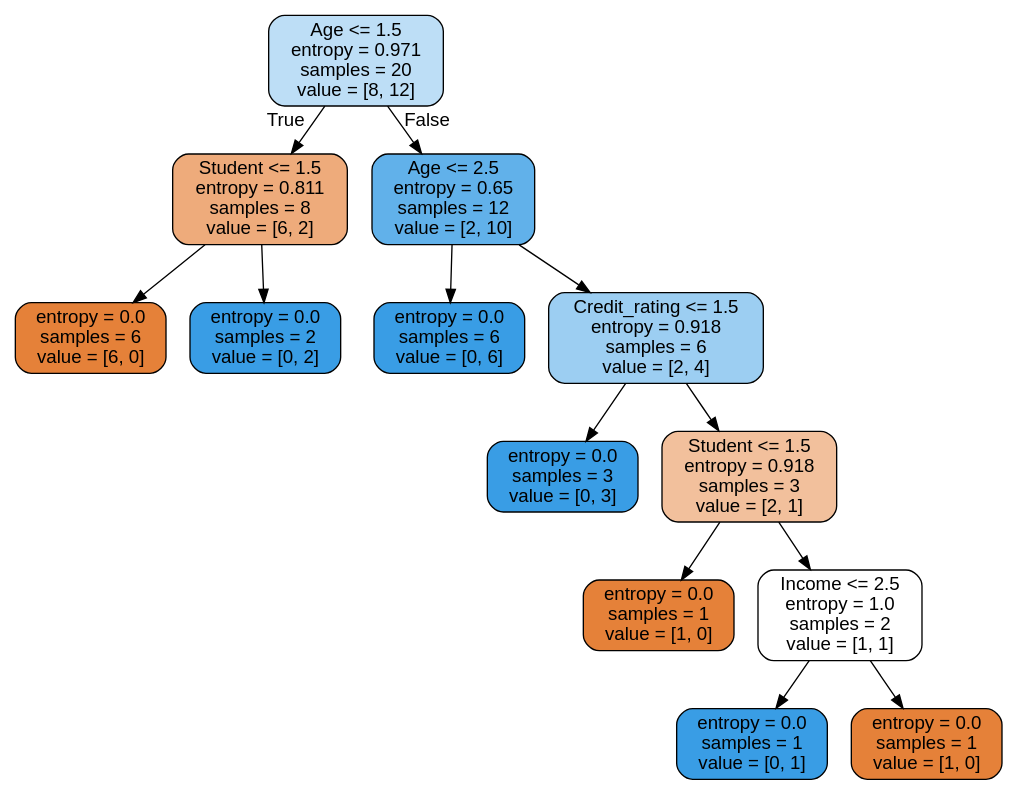
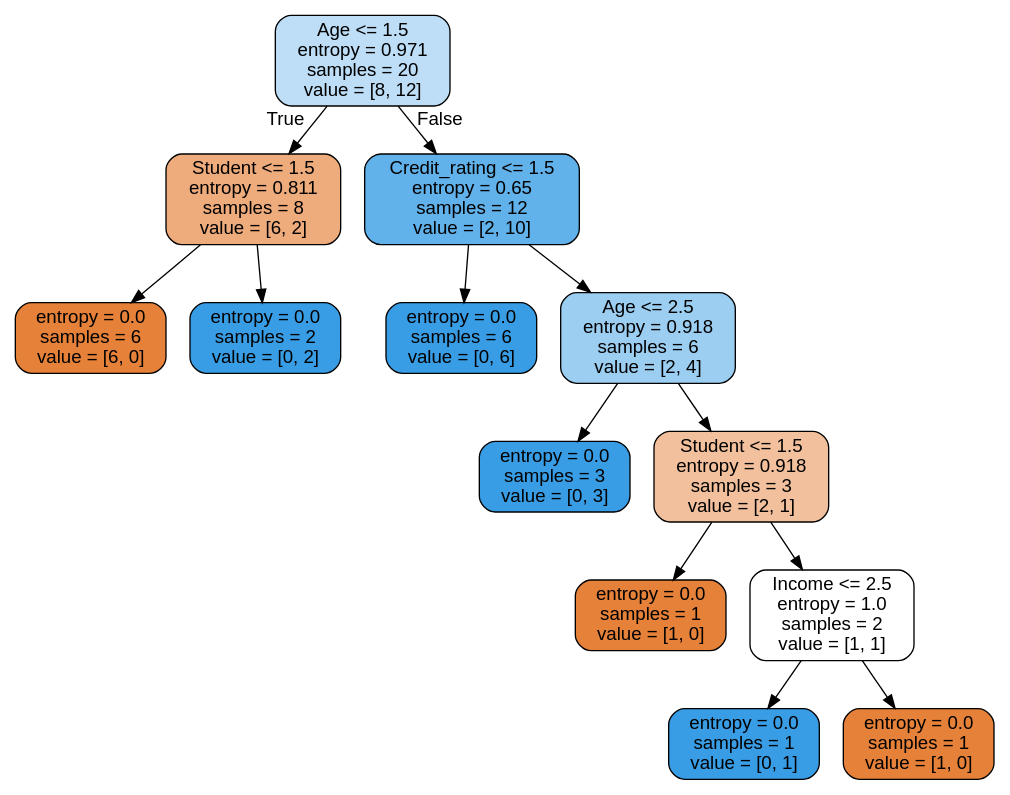
One commit to eichstaedtk/ke-python changed the diagram in buycomputer.dot. Above: the diagram before and after it, drawn with Graphviz. The commit also changed 1 other file, not shown here.

```diff
--- a/buycomputer.dot
+++ b/buycomputer.dot
@@ -1,29 +1,29 @@
 digraph Tree {
 node [shape=box, style="filled, rounded", color="black", fontname=helvetica] ;
 edge [fontname=helvetica] ;
 0 [label="Age <= 1.5\nentropy = 0.971\nsamples = 20\nvalue = [8, 12]", fillcolor="#bddef6"] ;
 1 [label="Student <= 1.5\nentropy = 0.811\nsamples = 8\nvalue = [6, 2]", fillcolor="#eeab7b"] ;
 0 -> 1 [labeldistance=2.5, labelangle=45, headlabel="True"] ;
 2 [label="entropy = 0.0\nsamples = 6\nvalue = [6, 0]", fillcolor="#e58139"] ;
 1 -> 2 ;
 3 [label="entropy = 0.0\nsamples = 2\nvalue = [0, 2]", fillcolor="#399de5"] ;
 1 -> 3 ;
-4 [label="Age <= 2.5\nentropy = 0.65\nsamples = 12\nvalue = [2, 10]", fillcolor="#61b1ea"] ;
+4 [label="Credit_rating <= 1.5\nentropy = 0.65\nsamples = 12\nvalue = [2, 10]", fillcolor="#61b1ea"] ;
 0 -> 4 [labeldistance=2.5, labelangle=-45, headlabel="False"] ;
 5 [label="entropy = 0.0\nsamples = 6\nvalue = [0, 6]", fillcolor="#399de5"] ;
 4 -> 5 ;
-6 [label="Credit_rating <= 1.5\nentropy = 0.918\nsamples = 6\nvalue = [2, 4]", fillcolor="#9ccef2"] ;
+6 [label="Age <= 2.5\nentropy = 0.918\nsamples = 6\nvalue = [2, 4]", fillcolor="#9ccef2"] ;
 4 -> 6 ;
 7 [label="entropy = 0.0\nsamples = 3\nvalue = [0, 3]", fillcolor="#399de5"] ;
 6 -> 7 ;
 8 [label="Student <= 1.5\nentropy = 0.918\nsamples = 3\nvalue = [2, 1]", fillcolor="#f2c09c"] ;
 6 -> 8 ;
 9 [label="entropy = 0.0\nsamples = 1\nvalue = [1, 0]", fillcolor="#e58139"] ;
 8 -> 9 ;
 10 [label="Income <= 2.5\nentropy = 1.0\nsamples = 2\nvalue = [1, 1]", fillcolor="#ffffff"] ;
 8 -> 10 ;
 11 [label="entropy = 0.0\nsamples = 1\nvalue = [0, 1]", fillcolor="#399de5"] ;
 10 -> 11 ;
 12 [label="entropy = 0.0\nsamples = 1\nvalue = [1, 0]", fillcolor="#e58139"] ;
 10 -> 12 ;
 }
```
